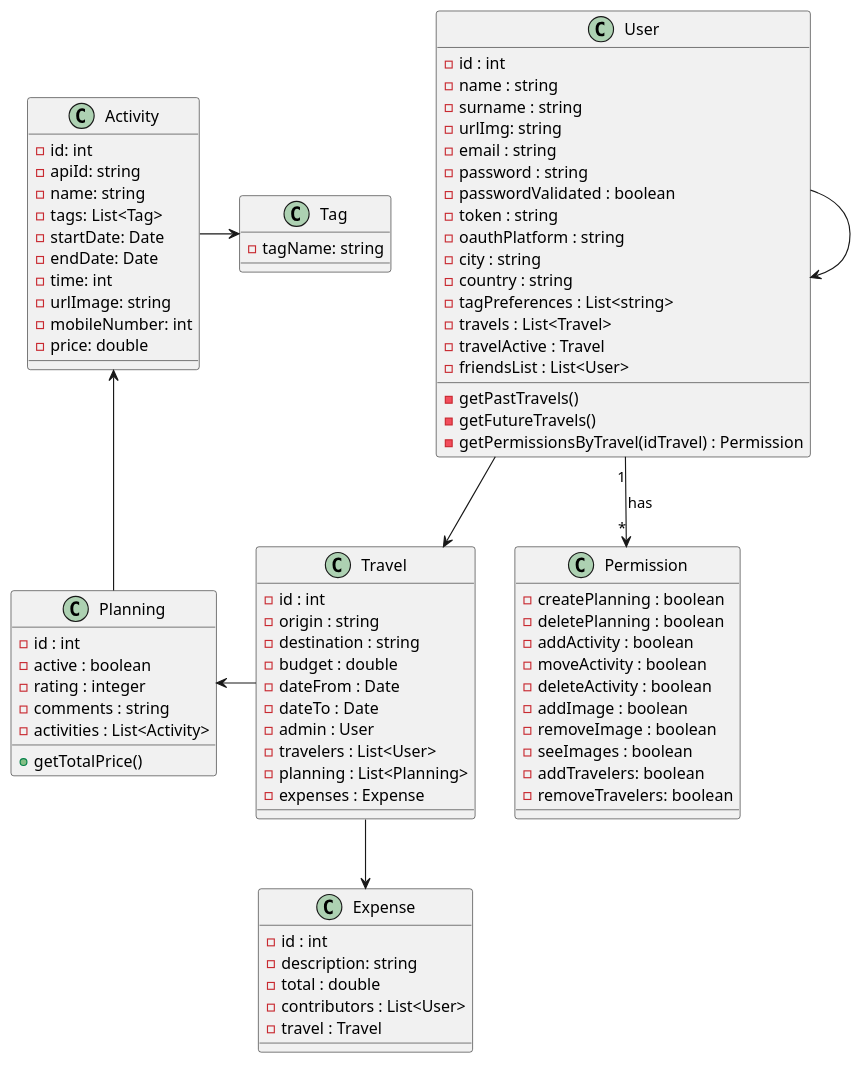
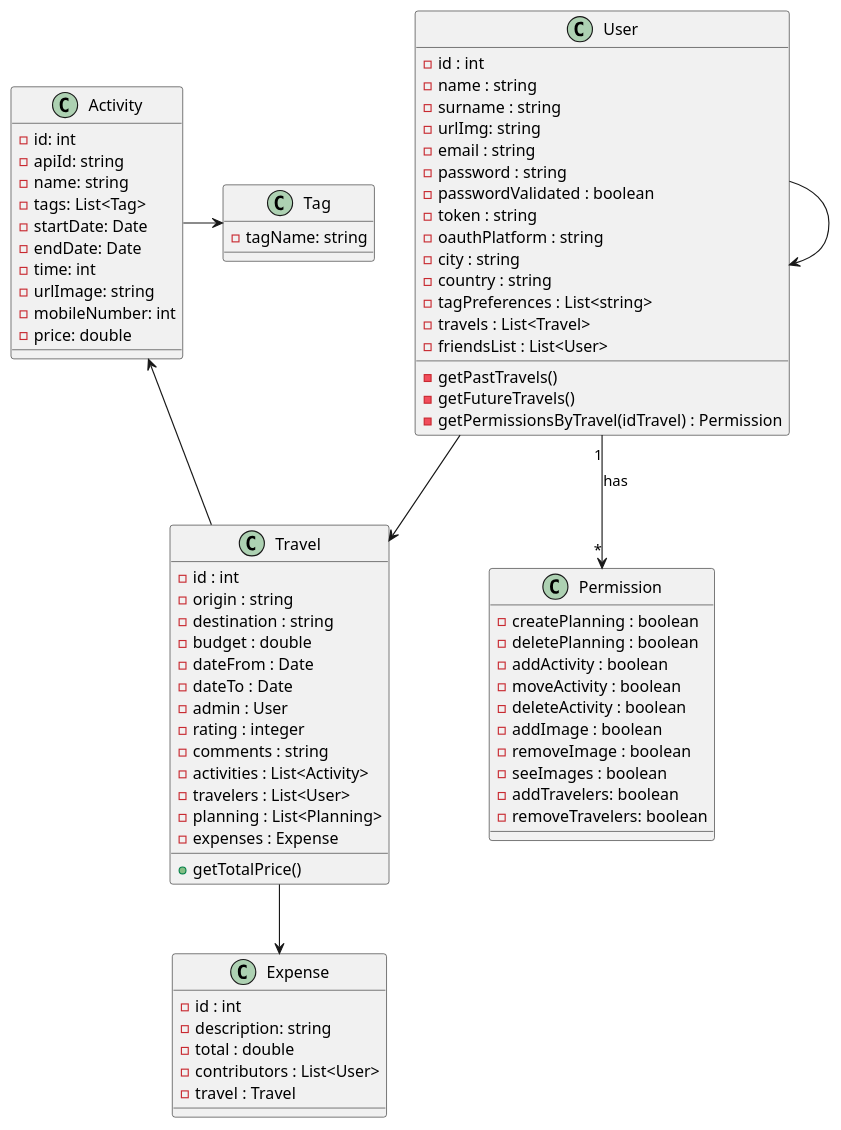
Before and after one commit to DavValCal/Ready2Go: the diagram in DiagramaClases.v1.puml, drawn with PlantUML. The commit also changed 1 other file, not shown here.

Commit message:
diagrama v3

```diff
--- a/DiagramaClases.v1.puml
+++ b/DiagramaClases.v1.puml
@@ -1,96 +1,89 @@
 @startuml Backend
 'https://plantuml.com/class-diagram
 
 User --> User
 User --> Travel
 User "1" --> "*" Permission : has
-Travel -left-> Planning
 Travel -down-> Expense
-Planning -up-> Activity
+Travel -up-> Activity
 Activity -right-> Tag
 
 class User {
 - id : int
 - name : string
 - surname : string
 - urlImg: string
 - email : string
 - password : string
 - passwordValidated : boolean
 - token : string
 - oauthPlatform : string
 - city : string
 - country : string
 - tagPreferences : List<string>
 - travels : List<Travel>
-- travelActive : Travel
 - friendsList : List<User>
 - getPastTravels()
 - getFutureTravels()
 - getPermissionsByTravel(idTravel) : Permission
 }
 
 class Permission {
 - createPlanning : boolean 
 - deletePlanning : boolean
 - addActivity : boolean
 - moveActivity : boolean
 - deleteActivity : boolean
 - addImage : boolean
 - removeImage : boolean
 - seeImages : boolean
 - addTravelers: boolean
 - removeTravelers: boolean
 }
 
 class Travel {
 - id : int
 - origin : string
 - destination : string
 - budget : double
 - dateFrom : Date
 - dateTo : Date
 - admin : User
+- rating : integer
+- comments : string
+- activities : List<Activity>
 - travelers : List<User>
 - planning : List<Planning>
 - expenses : Expense
++ getTotalPrice()
 }
 
 ' Gastos generales: no asociados a una actividad en concreto
 class Expense{
 - id : int
 - description: string
 - total : double
 - contributors : List<User>
 - travel : Travel
-}
-
-class Planning{
-- id : int
-- active : boolean
-- rating : integer
-- comments : string
-- activities : List<Activity>
-+ getTotalPrice()
 }
 
 class Activity{
 - id: int
 - apiId: string
 - name: string
 - tags: List<Tag>
 - startDate: Date
 - endDate: Date
 ' time in minuts
 - time: int
 - urlImage: string
 - mobileNumber: int
 - price: double
 }
 
 class Tag {
 - tagName: string
 }
 
 
 @enduml
```
